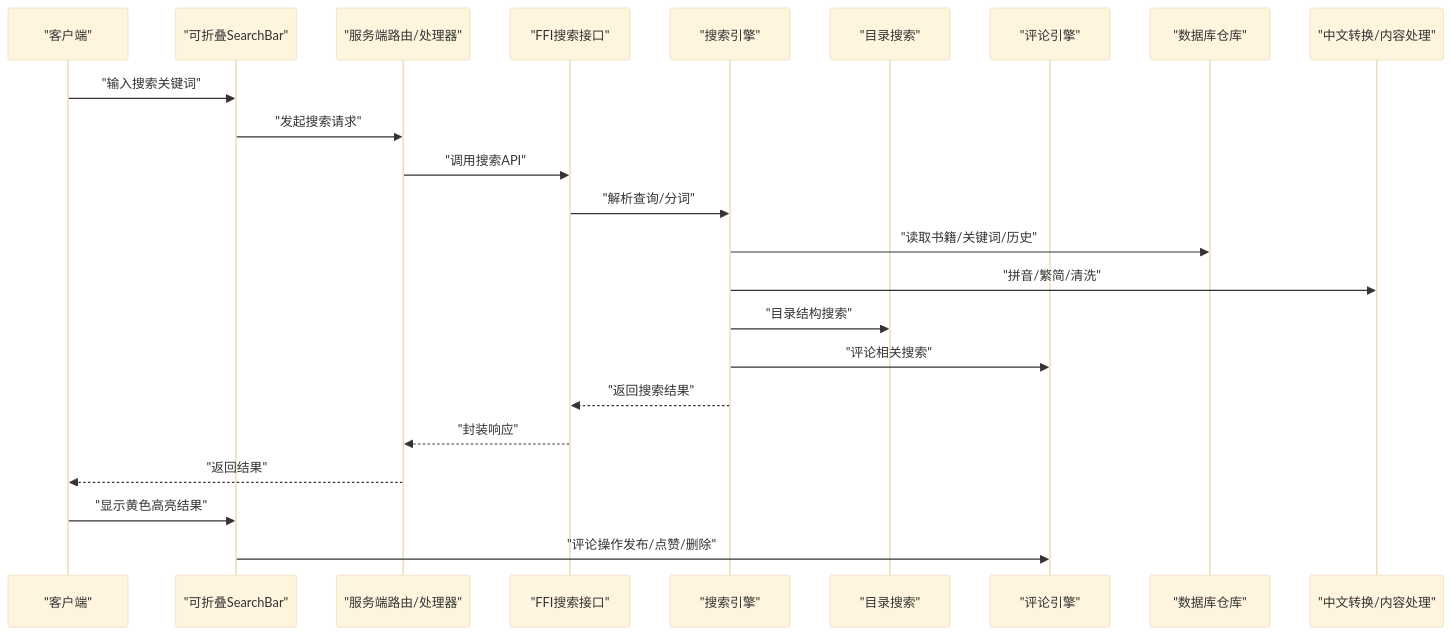
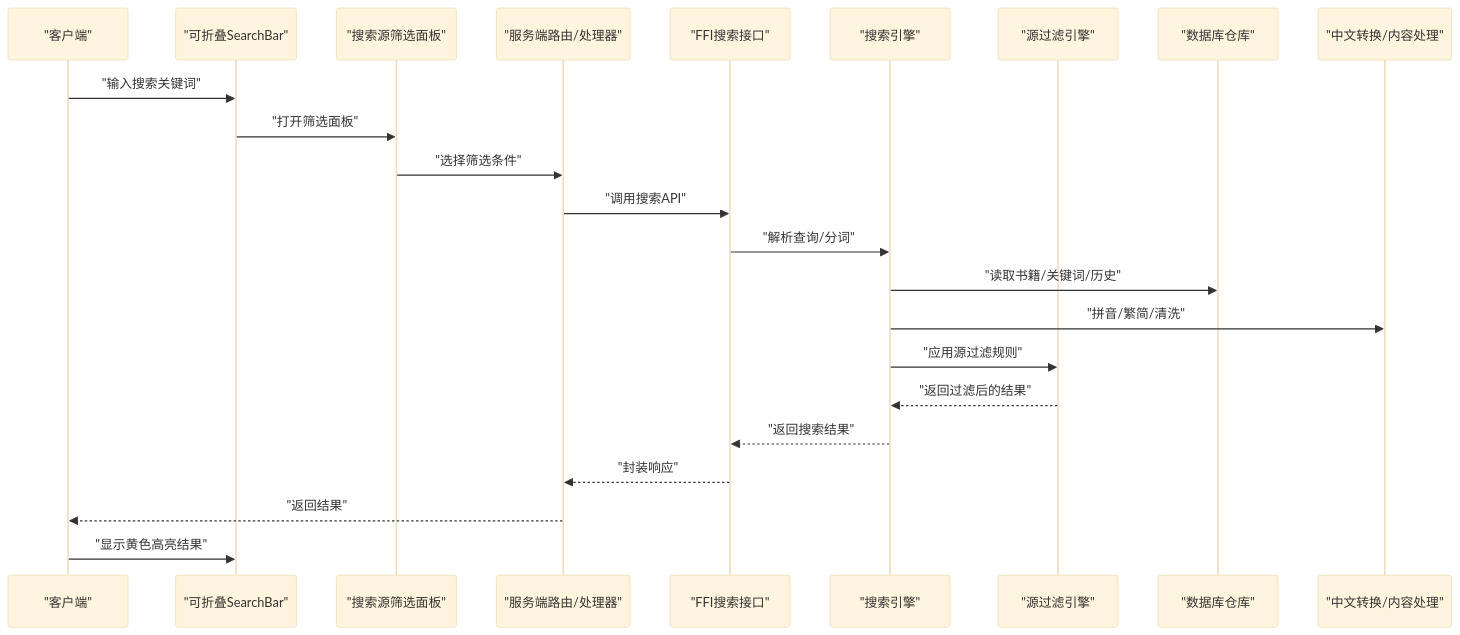
The second of 4 diagrams in .qoder/repowiki/zh/content/搜索功能/搜索功能.md (ZhangGHGitHub/LegadoTeamFlutter), drawn with Mermaid (base theme) before and after one commit. The commit also changed other lines of this file and 660 other files, not shown here.

````diff
--- a/.qoder/repowiki/zh/content/搜索功能/搜索功能.md
+++ b/.qoder/repowiki/zh/content/搜索功能/搜索功能.md
@@ -169,25 +174,25 @@
 ```mermaid
 sequenceDiagram
 participant Client as "客户端"
 participant UI as "可折叠SearchBar"
+participant FilterPanel as "搜索源筛选面板"
 participant Server as "服务端路由/处理器"
 participant FFI as "FFI搜索接口"
 participant Engine as "搜索引擎"
-participant DirSearch as "目录搜索"
-participant CommentEngine as "评论引擎"
+participant SourceFilter as "源过滤引擎"
 participant DB as "数据库仓库"
 participant Convert as "中文转换/内容处理"
 Client->>UI : "输入搜索关键词"
-UI->>Server : "发起搜索请求"
+UI->>FilterPanel : "打开筛选面板"
+FilterPanel->>Server : "选择筛选条件"
 Server->>FFI : "调用搜索API"
 FFI->>Engine : "解析查询/分词"
 Engine->>DB : "读取书籍/关键词/历史"
 Engine->>Convert : "拼音/繁简/清洗"
-Engine->>DirSearch : "目录结构搜索"
-Engine->>CommentEngine : "评论相关搜索"
+Engine->>SourceFilter : "应用源过滤规则"
+SourceFilter-->>Engine : "返回过滤后的结果"
 Engine-->>FFI : "返回搜索结果"
 FFI-->>Server : "封装响应"
 Server-->>Client : "返回结果"
 Client->>UI : "显示黄色高亮结果"
-UI->>CommentEngine : "评论操作发布/点赞/删除"
 ```
````
